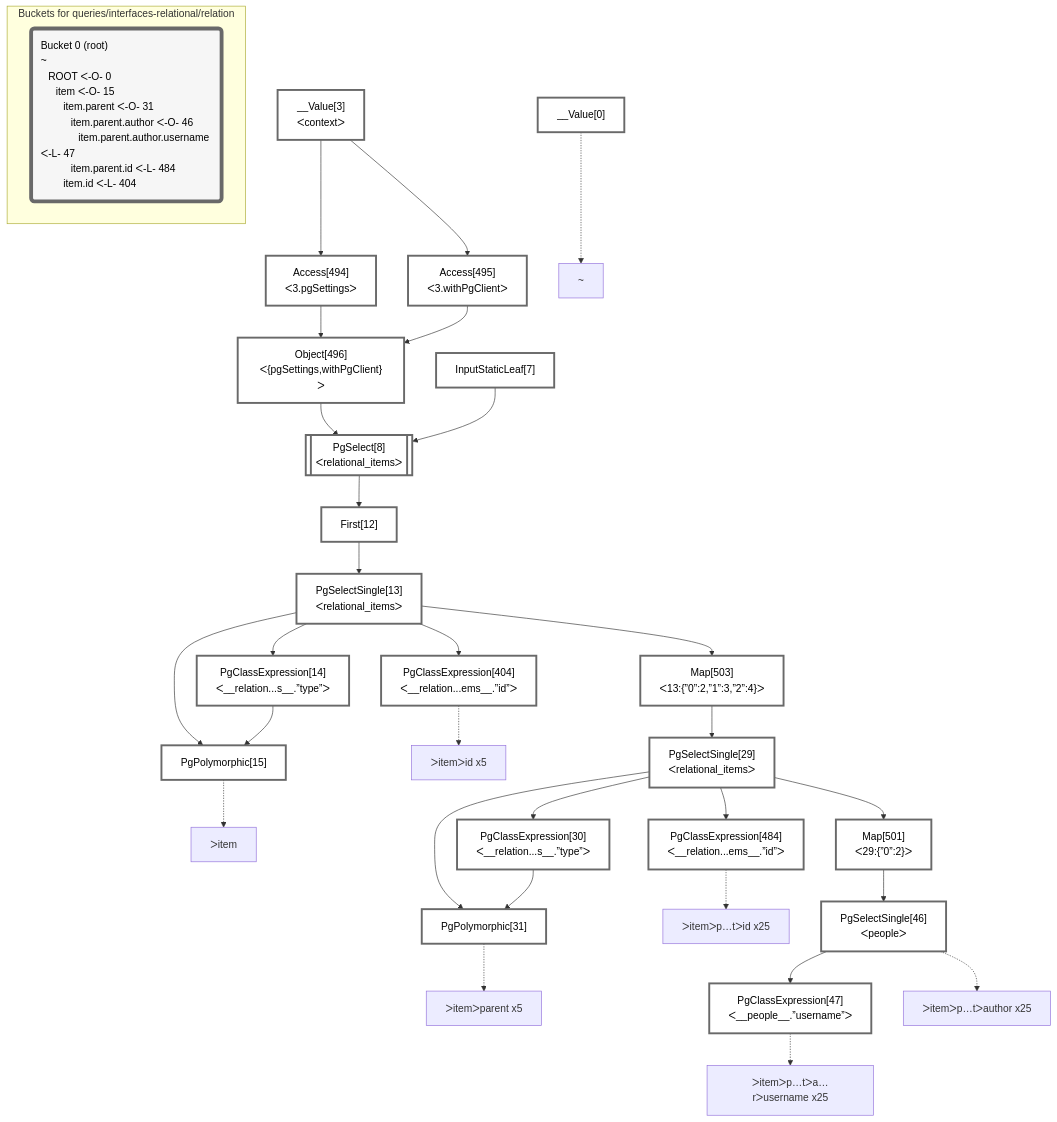
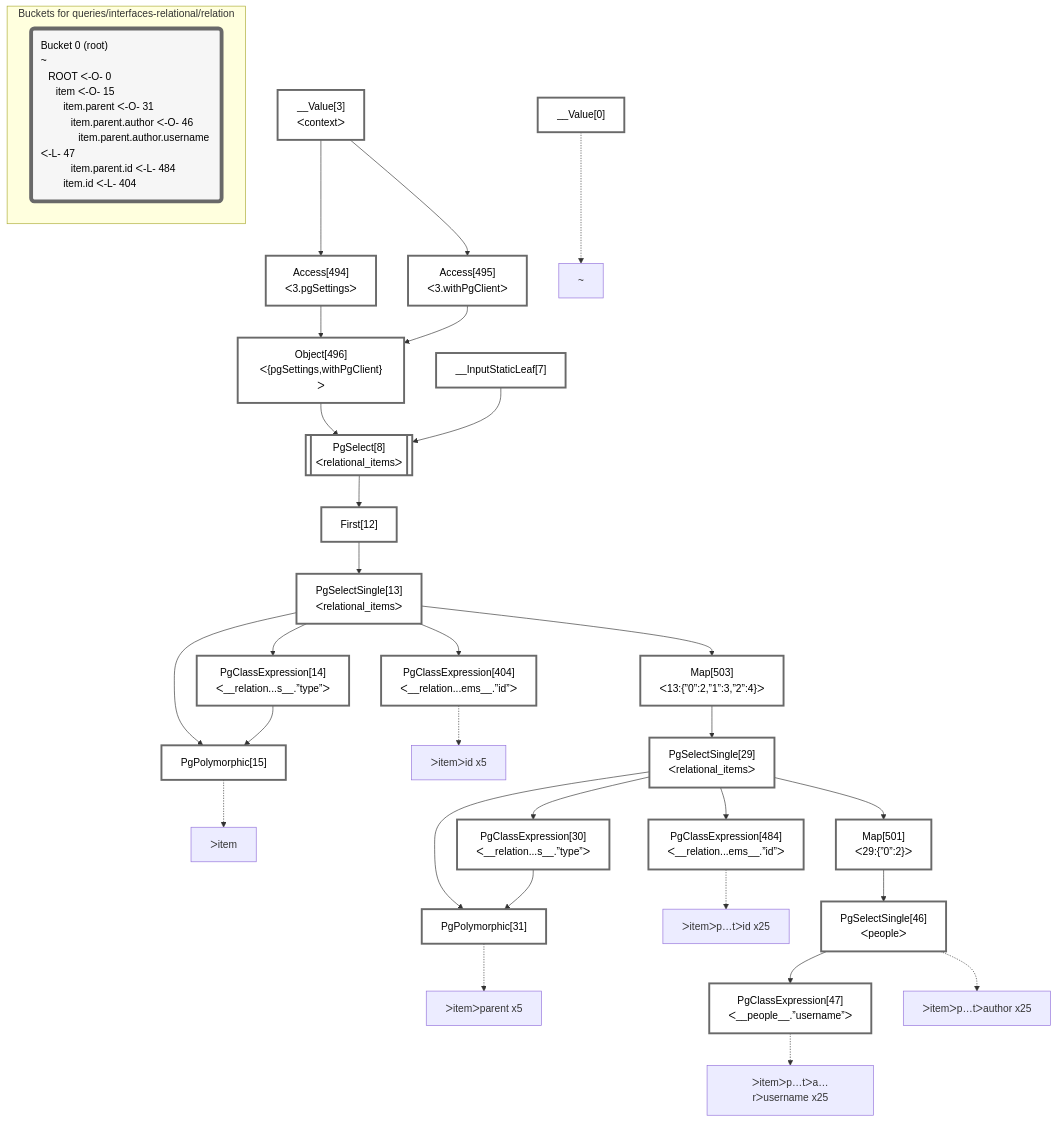
Before and after one commit to graphile/crystal: the diagram in packages/dataplan-pg/__tests__/queries/interfaces-relational/relation.mermaid.md, drawn with Mermaid. The commit also changed 79 other files, not shown here.

````diff
--- a/packages/dataplan-pg/__tests__/queries/interfaces-relational/relation.mermaid.md
+++ b/packages/dataplan-pg/__tests__/queries/interfaces-relational/relation.mermaid.md
@@ -1,72 +1,72 @@
 ```mermaid
 graph TD
     classDef path fill:#eee,stroke:#000,color:#000
     classDef plan fill:#fff,stroke-width:3px,color:#000
     classDef itemplan fill:#fff,stroke-width:6px,color:#000
     classDef sideeffectplan fill:#f00,stroke-width:6px,color:#000
     classDef bucket fill:#f6f6f6,color:#000,stroke-width:6px,text-align:left
 
 
     %% define plans
     __Value0["__Value[0]"]:::plan
     PgPolymorphic15["PgPolymorphic[15]"]:::plan
     PgClassExpression14["PgClassExpression[14]<br />ᐸ__relation...s__.”type”ᐳ"]:::plan
     PgClassExpression404["PgClassExpression[404]<br />ᐸ__relation...ems__.”id”ᐳ"]:::plan
     PgPolymorphic31["PgPolymorphic[31]"]:::plan
     PgClassExpression30["PgClassExpression[30]<br />ᐸ__relation...s__.”type”ᐳ"]:::plan
     PgClassExpression484["PgClassExpression[484]<br />ᐸ__relation...ems__.”id”ᐳ"]:::plan
     PgClassExpression47["PgClassExpression[47]<br />ᐸ__people__.”username”ᐳ"]:::plan
     PgSelectSingle46["PgSelectSingle[46]<br />ᐸpeopleᐳ"]:::plan
     Map501["Map[501]<br />ᐸ29:{”0”:2}ᐳ"]:::plan
     PgSelectSingle29["PgSelectSingle[29]<br />ᐸrelational_itemsᐳ"]:::plan
     Map503["Map[503]<br />ᐸ13:{”0”:2,”1”:3,”2”:4}ᐳ"]:::plan
     PgSelectSingle13["PgSelectSingle[13]<br />ᐸrelational_itemsᐳ"]:::plan
     First12["First[12]"]:::plan
     PgSelect8[["PgSelect[8]<br />ᐸrelational_itemsᐳ"]]:::plan
     Object496["Object[496]<br />ᐸ{pgSettings,withPgClient}ᐳ"]:::plan
     Access494["Access[494]<br />ᐸ3.pgSettingsᐳ"]:::plan
     Access495["Access[495]<br />ᐸ3.withPgClientᐳ"]:::plan
     __Value3["__Value[3]<br />ᐸcontextᐳ"]:::plan
-    InputStaticLeaf7["InputStaticLeaf[7]"]:::plan
+    __InputStaticLeaf7["__InputStaticLeaf[7]"]:::plan
 
     %% plan dependencies
     PgSelectSingle13 & PgClassExpression14 --> PgPolymorphic15
     PgSelectSingle13 --> PgClassExpression14
     PgSelectSingle13 --> PgClassExpression404
     PgSelectSingle29 & PgClassExpression30 --> PgPolymorphic31
     PgSelectSingle29 --> PgClassExpression30
     PgSelectSingle29 --> PgClassExpression484
     PgSelectSingle46 --> PgClassExpression47
     Map501 --> PgSelectSingle46
     PgSelectSingle29 --> Map501
     Map503 --> PgSelectSingle29
     PgSelectSingle13 --> Map503
     First12 --> PgSelectSingle13
     PgSelect8 --> First12
-    Object496 & InputStaticLeaf7 --> PgSelect8
+    Object496 & __InputStaticLeaf7 --> PgSelect8
     Access494 & Access495 --> Object496
     __Value3 --> Access494
     __Value3 --> Access495
 
     %% plan-to-path relationships
     P0["~"]
     __Value0 -.-> P0
     P15["ᐳitem"]
     PgPolymorphic15 -.-> P15
     P31["ᐳitemᐳparent x5"]
     PgPolymorphic31 -.-> P31
     P46["ᐳitemᐳp…tᐳauthor x25"]
     PgSelectSingle46 -.-> P46
     P47["ᐳitemᐳp…tᐳa…rᐳusername x25"]
     PgClassExpression47 -.-> P47
     P404["ᐳitemᐳid x5"]
     PgClassExpression404 -.-> P404
     P484["ᐳitemᐳp…tᐳid x25"]
     PgClassExpression484 -.-> P484
 
     subgraph "Buckets for queries/interfaces-relational/relation"
     Bucket0("Bucket 0 (root)<br />~<br />⠀ROOT ᐸ-O- 0<br />⠀⠀item ᐸ-O- 15<br />⠀⠀⠀item.parent ᐸ-O- 31<br />⠀⠀⠀⠀item.parent.author ᐸ-O- 46<br />⠀⠀⠀⠀⠀item.parent.author.username ᐸ-L- 47<br />⠀⠀⠀⠀item.parent.id ᐸ-L- 484<br />⠀⠀⠀item.id ᐸ-L- 404"):::bucket
     classDef bucket0 stroke:#696969
-    class Bucket0,__Value0,__Value3,InputStaticLeaf7,PgSelect8,First12,PgSelectSingle13,PgClassExpression14,PgPolymorphic15,PgSelectSingle29,PgClassExpression30,PgPolymorphic31,PgSelectSingle46,PgClassExpression47,PgClassExpression404,PgClassExpression484,Access494,Access495,Object496,Map501,Map503 bucket0
+    class Bucket0,__Value0,__Value3,__InputStaticLeaf7,PgSelect8,First12,PgSelectSingle13,PgClassExpression14,PgPolymorphic15,PgSelectSingle29,PgClassExpression30,PgPolymorphic31,PgSelectSingle46,PgClassExpression47,PgClassExpression404,PgClassExpression484,Access494,Access495,Object496,Map501,Map503 bucket0
     end
 ```
````
